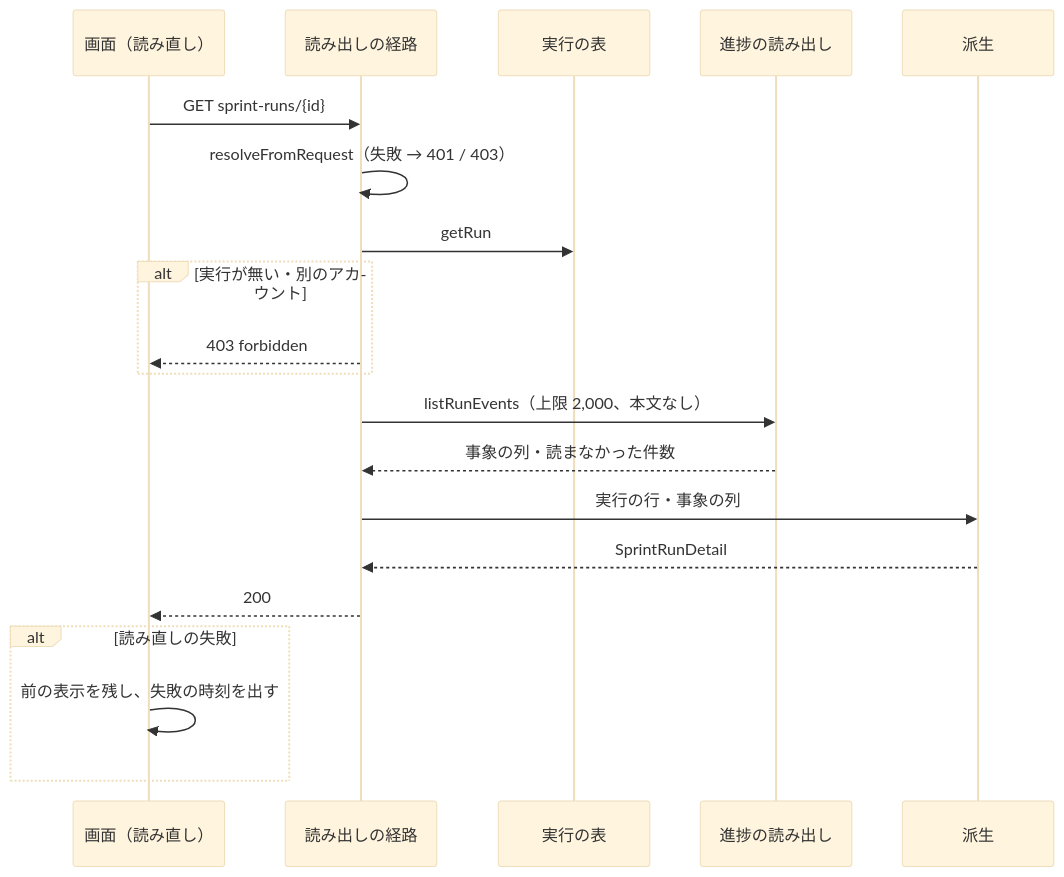
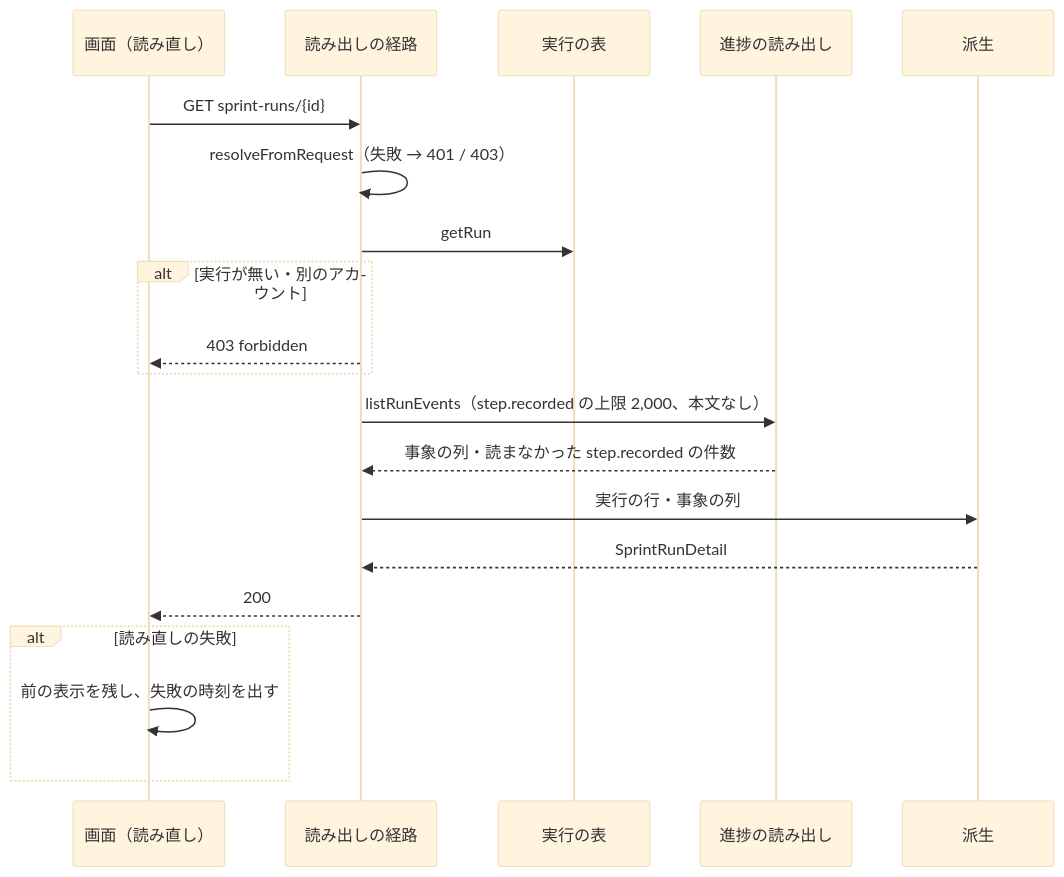
Before and after one commit to devbasex/ai-plugins: the sixth of 7 diagrams in issues/issue-2172-design.md, drawn with Mermaid (base theme). The commit also changed other lines of this file, not shown here.

Commit message:
fix(design): I11 の上限を step.recorded だけに掛け、ゲート・使用量の事象を欠かさない (#2172)

````diff
--- a/issues/issue-2172-design.md
+++ b/issues/issue-2172-design.md
@@ -389,22 +389,22 @@
 ```mermaid
 sequenceDiagram
     participant W as 画面（読み直し）
     participant R as 読み出しの経路
     participant T as 実行の表
     participant P as 進捗の読み出し
     participant D as 派生
     W->>R: GET sprint-runs/{id}
     R->>R: resolveFromRequest（失敗 → 401 / 403）
     R->>T: getRun
     alt 実行が無い・別のアカウント
         R-->>W: 403 forbidden
     end
-    R->>P: listRunEvents（上限 2,000、本文なし）
-    P-->>R: 事象の列・読まなかった件数
+    R->>P: listRunEvents（step.recorded の上限 2,000、本文なし）
+    P-->>R: 事象の列・読まなかった step.recorded の件数
     R->>D: 実行の行・事象の列
     D-->>R: SprintRunDetail
     R-->>W: 200
     alt 読み直しの失敗
         W->>W: 前の表示を残し、失敗の時刻を出す
     end
 ```
````
